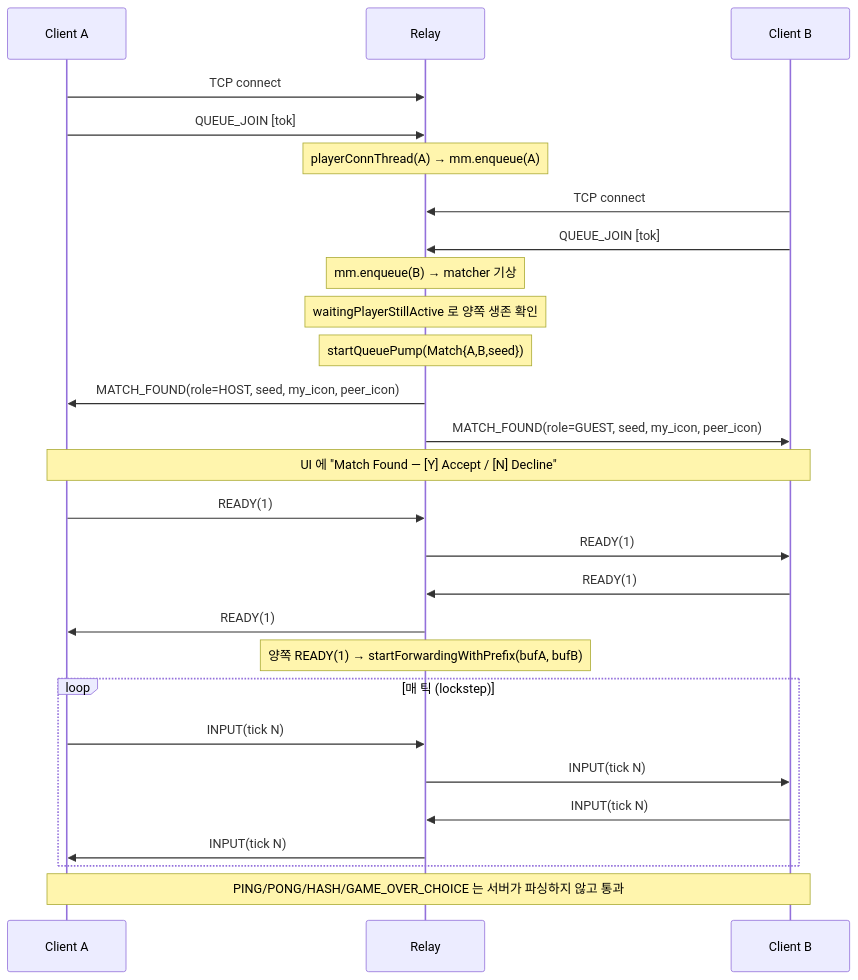
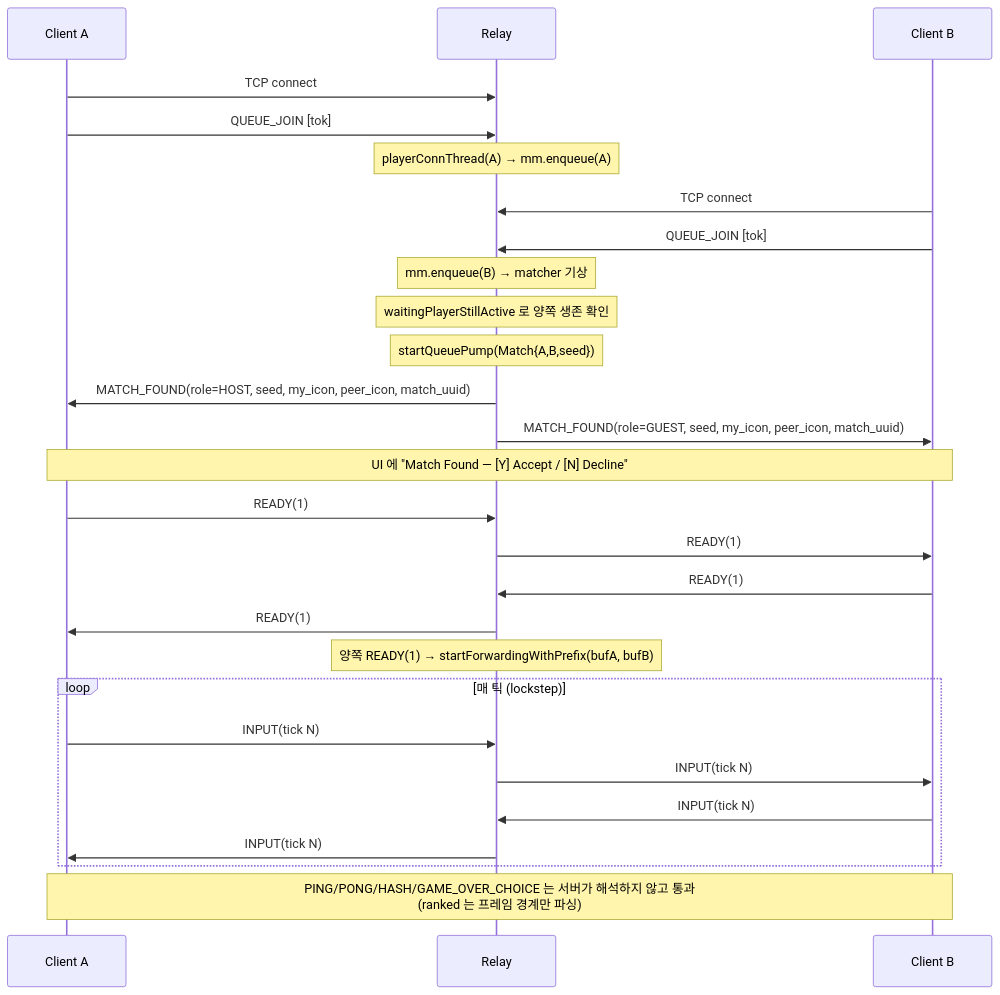
One commit to Rein-ArXiv/Tetris-Multiplayer-RL changed the tenth of 11 diagrams in docs/blog/part7-relay-server.md. Above: the diagram before and after it, drawn with Mermaid. The commit also changed other lines of this file and 28 other files, not shown here.

````diff
--- a/docs/blog/part7-relay-server.md
+++ b/docs/blog/part7-relay-server.md
@@ -3503,30 +3761,30 @@
 ```mermaid
 sequenceDiagram
     participant A as Client A
     participant R as Relay
     participant B as Client B
 
     A->>R: TCP connect
     A->>R: QUEUE_JOIN [tok]
     Note over R: playerConnThread(A) → mm.enqueue(A)
     B->>R: TCP connect
     B->>R: QUEUE_JOIN [tok]
     Note over R: mm.enqueue(B) → matcher 기상
     Note over R: waitingPlayerStillActive 로 양쪽 생존 확인
     Note over R: startQueuePump(Match{A,B,seed})
-    R->>A: MATCH_FOUND(role=HOST, seed, my_icon, peer_icon)
-    R->>B: MATCH_FOUND(role=GUEST, seed, my_icon, peer_icon)
+    R->>A: MATCH_FOUND(role=HOST, seed, my_icon, peer_icon, match_uuid)
+    R->>B: MATCH_FOUND(role=GUEST, seed, my_icon, peer_icon, match_uuid)
     Note over A,B: UI 에 "Match Found — [Y] Accept / [N] Decline"
     A->>R: READY(1)
     R->>B: READY(1)
     B->>R: READY(1)
     R->>A: READY(1)
     Note over R: 양쪽 READY(1) → startForwardingWithPrefix(bufA, bufB)
     loop 매 틱 (lockstep)
         A->>R: INPUT(tick N)
         R->>B: INPUT(tick N)
         B->>R: INPUT(tick N)
         R->>A: INPUT(tick N)
     end
-    Note over A,B: PING/PONG/HASH/GAME_OVER_CHOICE 는 서버가 파싱하지 않고 통과
+    Note over A,B: PING/PONG/HASH/GAME_OVER_CHOICE 는 서버가 해석하지 않고 통과<br/>(ranked 는 프레임 경계만 파싱)
 ```
````
